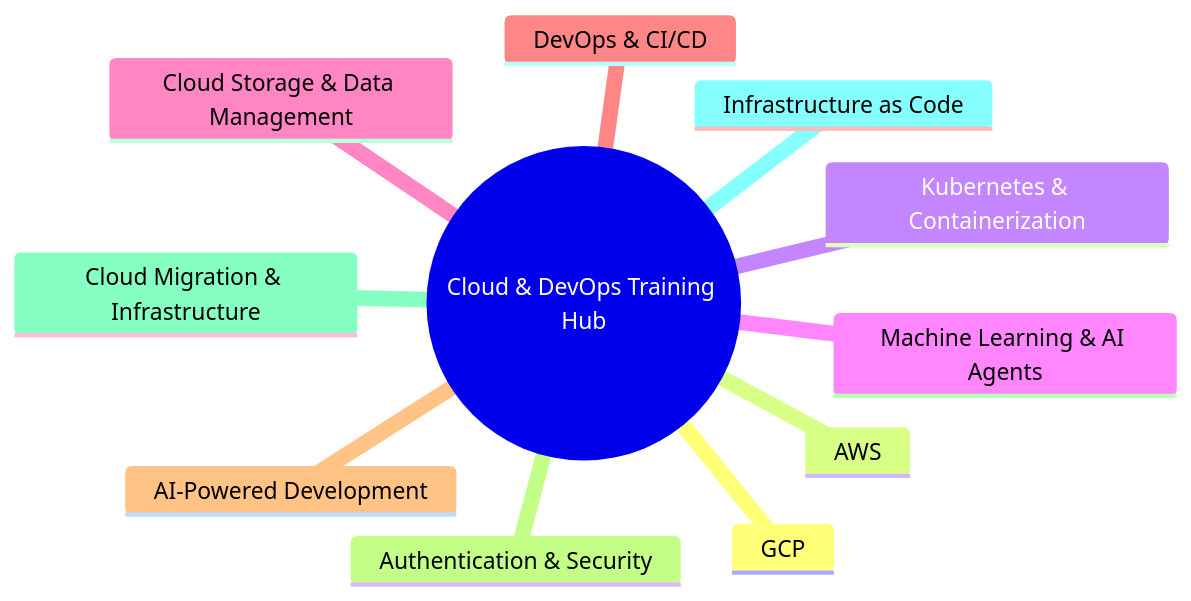
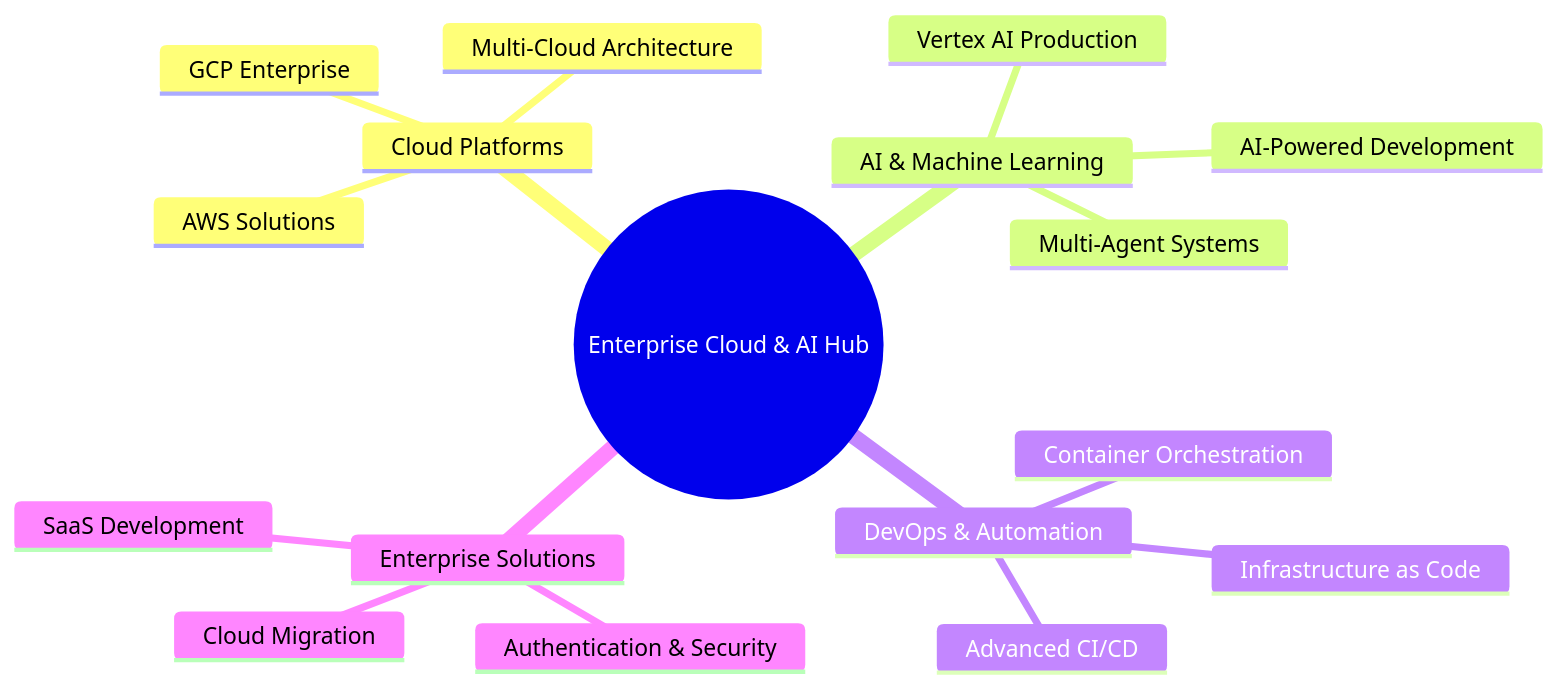
The first of 7 diagrams in README.md (raphaelmansuy/tutorials), drawn with Mermaid before and after one commit. The commit also changed other lines of this file, not shown here.

Commit message:
Update README to reflect new branding and enhance clarity of training offerings

````diff
--- a/README.md
+++ b/README.md
@@ -20,15 +26,21 @@
 ```mermaid
 mindmap
-  root((Cloud & DevOps Training Hub))
-    GCP
-    AWS
-    Kubernetes & Containerization
-    Machine Learning & AI Agents
-    Cloud Storage & Data Management
-    DevOps & CI/CD
-    AI-Powered Development
-    Authentication & Security
-    Cloud Migration & Infrastructure
-    Infrastructure as Code
+  root((Enterprise Cloud & AI Hub))
+    Cloud Platforms
+      GCP Enterprise
+      AWS Solutions  
+      Multi-Cloud Architecture
+    AI & Machine Learning
+      Vertex AI Production
+      Multi-Agent Systems
+      AI-Powered Development
+    DevOps & Automation
+      Advanced CI/CD
+      Container Orchestration
+      Infrastructure as Code
+    Enterprise Solutions
+      Authentication & Security
+      Cloud Migration
+      SaaS Development
 %%{init: { 'themeVariables': { 'background': '#f8fafc', 'primaryColor': '#6b7280', 'edgeLabelBackground':'#f8fafc', 'nodeTextColor':'#22223b' }}}%%
 ```
````
